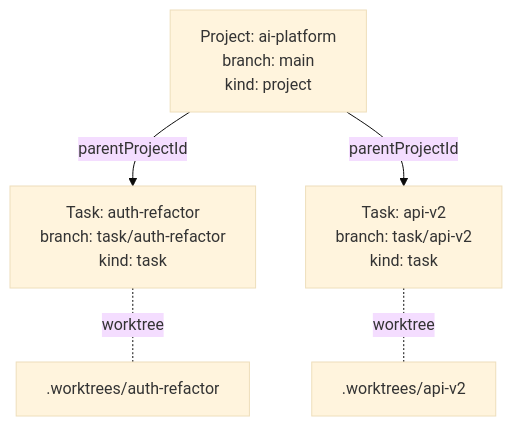
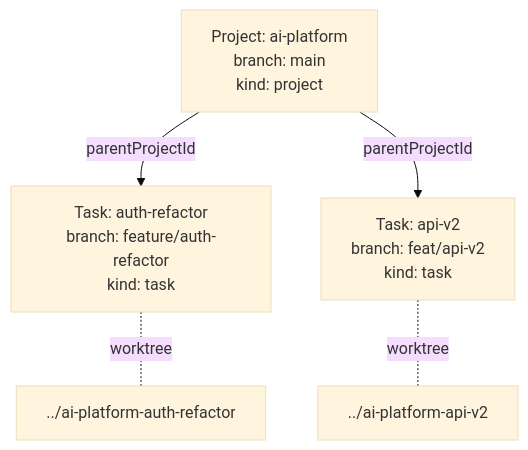
The sixth of 11 diagrams in docs/ARCHITECTURE.md (adikuma/takoyaki), drawn with Mermaid (base theme) before and after one commit. The commit also changed other lines of this file and 7 other files, not shown here.

````diff
--- a/docs/ARCHITECTURE.md
+++ b/docs/ARCHITECTURE.md
@@ -120,12 +123,12 @@
 ```mermaid
 graph TD
     P["Project: ai-platform<br/>branch: main<br/>kind: project"]
-    T1["Task: auth-refactor<br/>branch: task/auth-refactor<br/>kind: task"]
-    T2["Task: api-v2<br/>branch: task/api-v2<br/>kind: task"]
+    T1["Task: auth-refactor<br/>branch: feature/auth-refactor<br/>kind: task"]
+    T2["Task: api-v2<br/>branch: feat/api-v2<br/>kind: task"]
 
     P -->|parentProjectId| T1
     P -->|parentProjectId| T2
 
-    T1 -.-|worktree| W1[".worktrees/auth-refactor"]
-    T2 -.-|worktree| W2[".worktrees/api-v2"]
+    T1 -.-|worktree| W1["../ai-platform-auth-refactor"]
+    T2 -.-|worktree| W2["../ai-platform-api-v2"]
 ```
````
